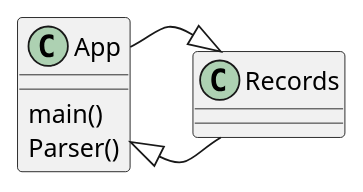
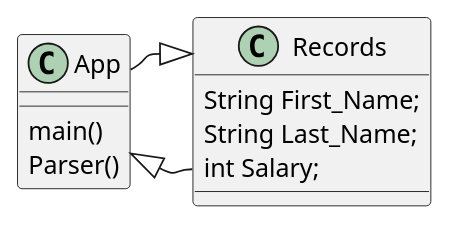
Before and after one commit to Reese2as/Stowell-COP3330-Assignment3: the diagram in src/main/java/org/example/ex42/ex42PlantUML.puml, drawn with PlantUML. The commit also changed 2 other files, not shown here.

```diff
--- a/src/main/java/org/example/ex42/ex42PlantUML.puml
+++ b/src/main/java/org/example/ex42/ex42PlantUML.puml
@@ -1,11 +1,14 @@
 @startuml
 'https://plantuml.com/class-diagram
 class App{
 main()
 Parser()
 }
 class Records{
+ String First_Name;
+ String Last_Name;
+ int Salary;
 }
 App <|- Records
 Records <|- App
 @enduml
```
